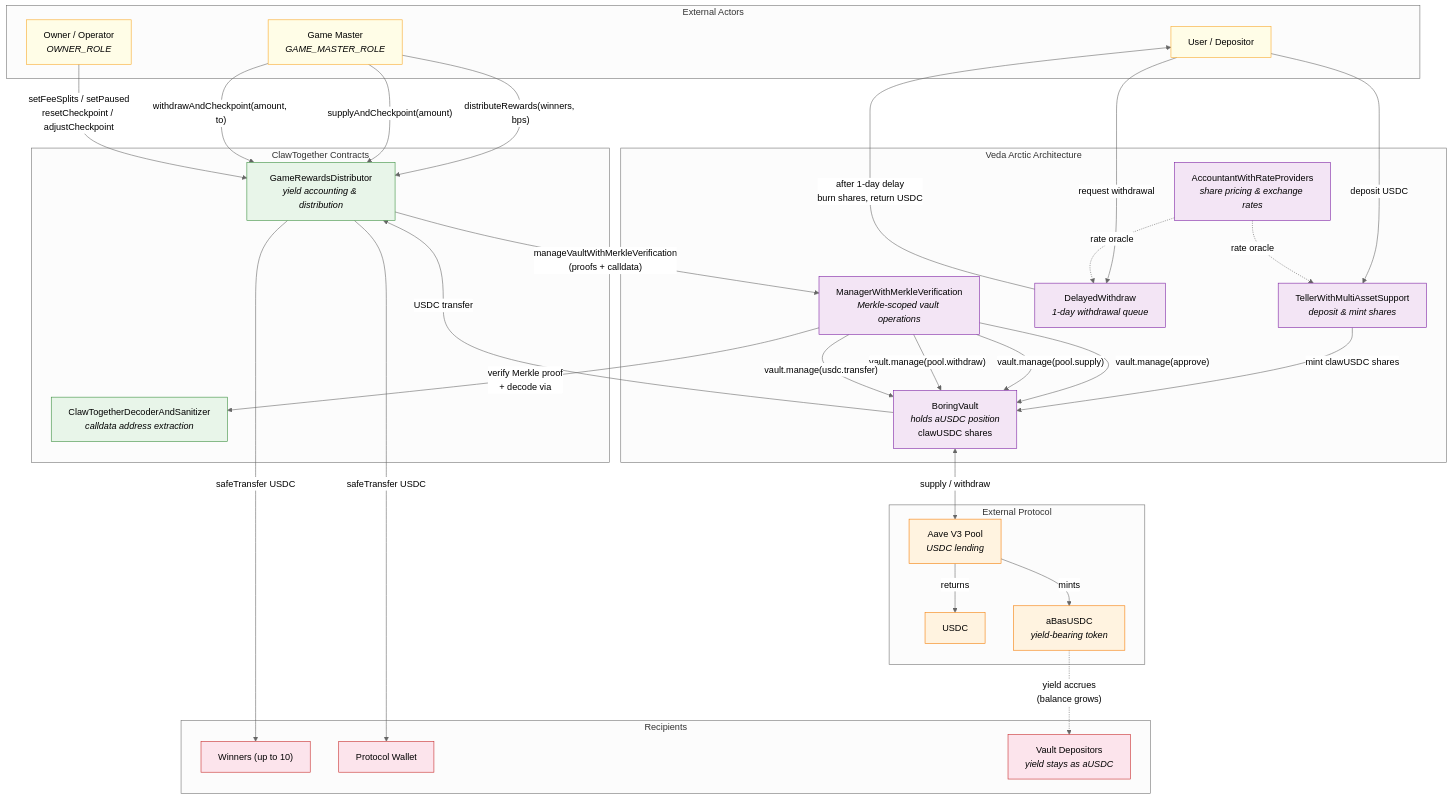
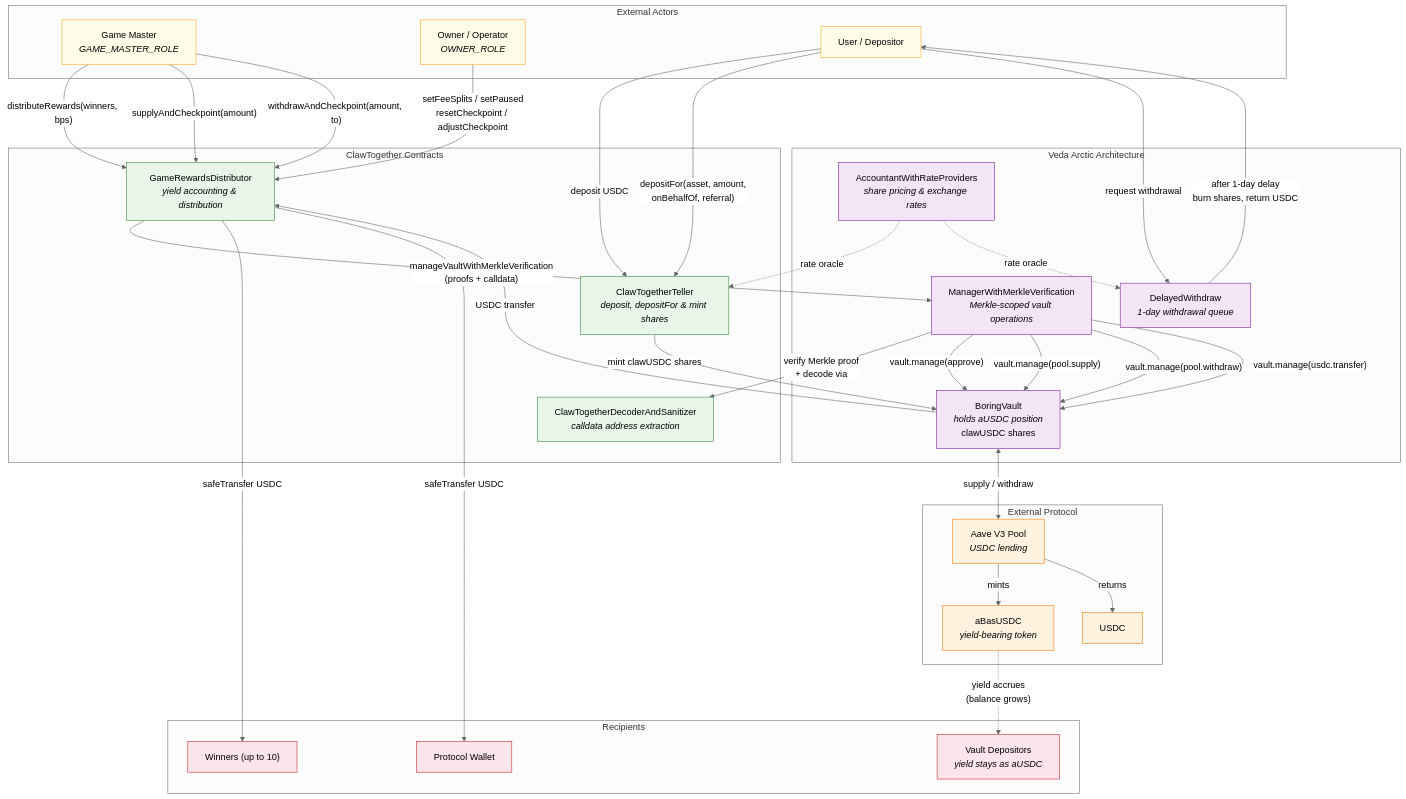
One commit to corbinpage/clawtogether-contracts changed the first of 8 diagrams in docs/architecture.md. Above: the diagram before and after it, drawn with Mermaid (neutral theme). The commit also changed other lines of this file and 4 other files, not shown here.

First line of the commit message:
Add ClawTogetherTeller with depositFor for deposit-on-behalf with referral tracking

````diff
--- a/docs/architecture.md
+++ b/docs/architecture.md
@@ -5,74 +5,75 @@
 ```mermaid
 graph TB
     subgraph External Actors
         GM["Game Master<br/><i>GAME_MASTER_ROLE</i>"]
         OW["Owner / Operator<br/><i>OWNER_ROLE</i>"]
         USER["User / Depositor"]
     end
 
     subgraph Veda Arctic Architecture
-        TELLER["TellerWithMultiAssetSupport<br/><i>deposit & mint shares</i>"]
         ACCOUNTANT["AccountantWithRateProviders<br/><i>share pricing & exchange rates</i>"]
         DELAYED["DelayedWithdraw<br/><i>1-day withdrawal queue</i>"]
         VAULT["BoringVault<br/><i>holds aUSDC position</i><br/>clawUSDC shares"]
         MANAGER["ManagerWithMerkleVerification<br/><i>Merkle-scoped vault operations</i>"]
     end
 
     subgraph ClawTogether Contracts
+        TELLER["ClawTogetherTeller<br/><i>deposit, depositFor & mint shares</i>"]
         DECODER["ClawTogetherDecoderAndSanitizer<br/><i>calldata address extraction</i>"]
         DIST["GameRewardsDistributor<br/><i>yield accounting & distribution</i>"]
     end
 
     subgraph External Protocol
         AAVE["Aave V3 Pool<br/><i>USDC lending</i>"]
         USDC_TOK["USDC"]
         AUSDC["aBasUSDC<br/><i>yield-bearing token</i>"]
     end
 
     subgraph Recipients
         WINNERS["Winners (up to 10)"]
         PROTOCOL["Protocol Wallet"]
         DEPOSITORS["Vault Depositors<br/><i>yield stays as aUSDC</i>"]
     end
 
     USER -->|"deposit USDC"| TELLER
+    USER -->|"depositFor(asset, amount,<br/>onBehalfOf, referral)"| TELLER
     TELLER -->|"mint clawUSDC shares"| VAULT
     USER -->|"request withdrawal"| DELAYED
     DELAYED -->|"after 1-day delay<br/>burn shares, return USDC"| USER
 
     GM -->|"distributeRewards(winners, bps)"| DIST
     GM -->|"supplyAndCheckpoint(amount)"| DIST
     GM -->|"withdrawAndCheckpoint(amount, to)"| DIST
     OW -->|"setFeeSplits / setPaused<br/>resetCheckpoint / adjustCheckpoint"| DIST
 
     DIST -->|"manageVaultWithMerkleVerification<br/>(proofs + calldata)"| MANAGER
     MANAGER -->|"verify Merkle proof<br/>+ decode via"| DECODER
     MANAGER -->|"vault.manage(approve)"| VAULT
     MANAGER -->|"vault.manage(pool.supply)"| VAULT
     MANAGER -->|"vault.manage(pool.withdraw)"| VAULT
     MANAGER -->|"vault.manage(usdc.transfer)"| VAULT
 
     VAULT <-->|"supply / withdraw"| AAVE
     AAVE -->|"mints"| AUSDC
     AAVE -->|"returns"| USDC_TOK
     VAULT -->|"USDC transfer"| DIST
     DIST -->|"safeTransfer USDC"| WINNERS
     DIST -->|"safeTransfer USDC"| PROTOCOL
     AUSDC -.->|"yield accrues<br/>(balance grows)"| DEPOSITORS
 
     ACCOUNTANT -.->|"rate oracle"| TELLER
     ACCOUNTANT -.->|"rate oracle"| DELAYED
 
     classDef external fill:#e1f5fe,stroke:#0288d1
     classDef veda fill:#f3e5f5,stroke:#7b1fa2
     classDef claw fill:#e8f5e9,stroke:#388e3c
     classDef protocol fill:#fff3e0,stroke:#f57c00
     classDef recipient fill:#fce4ec,stroke:#c62828
     classDef actor fill:#fffde7,stroke:#f9a825
 
     class GM,OW,USER actor
-    class TELLER,ACCOUNTANT,DELAYED,VAULT,MANAGER veda
-    class DECODER,DIST claw
+    class ACCOUNTANT,DELAYED,VAULT,MANAGER veda
+    class TELLER,DECODER,DIST claw
     class AAVE,USDC_TOK,AUSDC protocol
     class WINNERS,PROTOCOL,DEPOSITORS recipient
 ```
````
